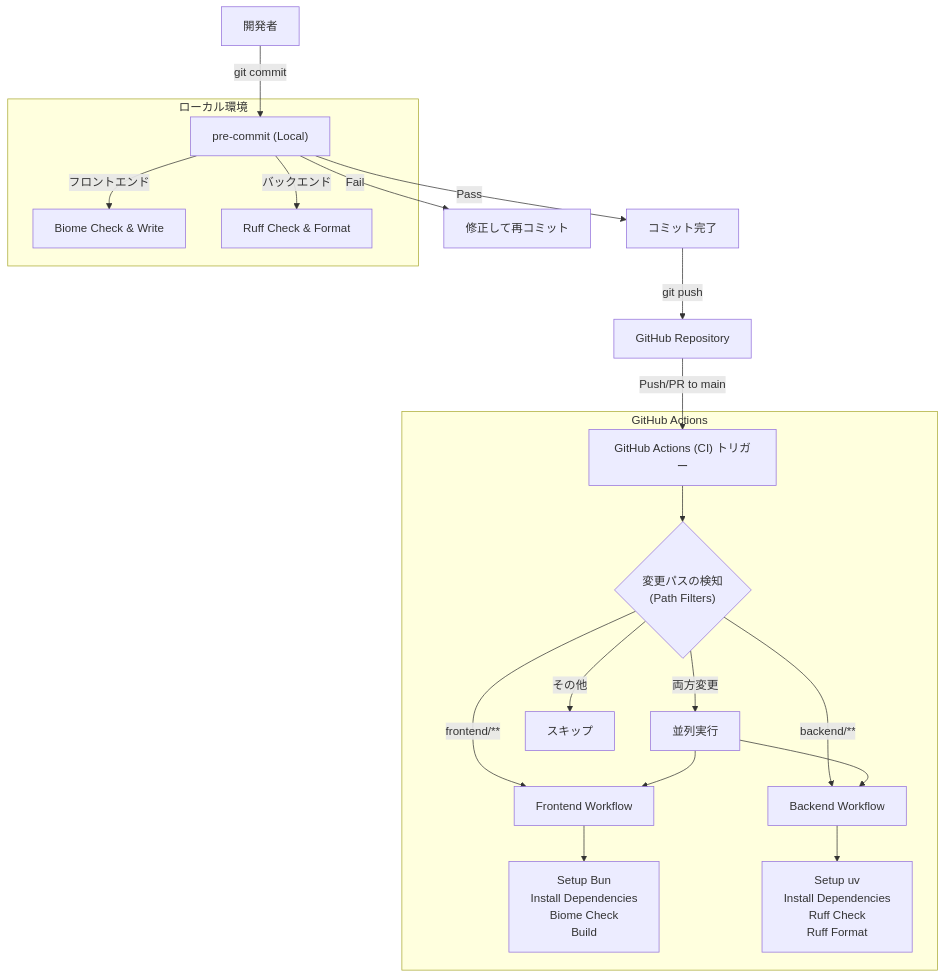
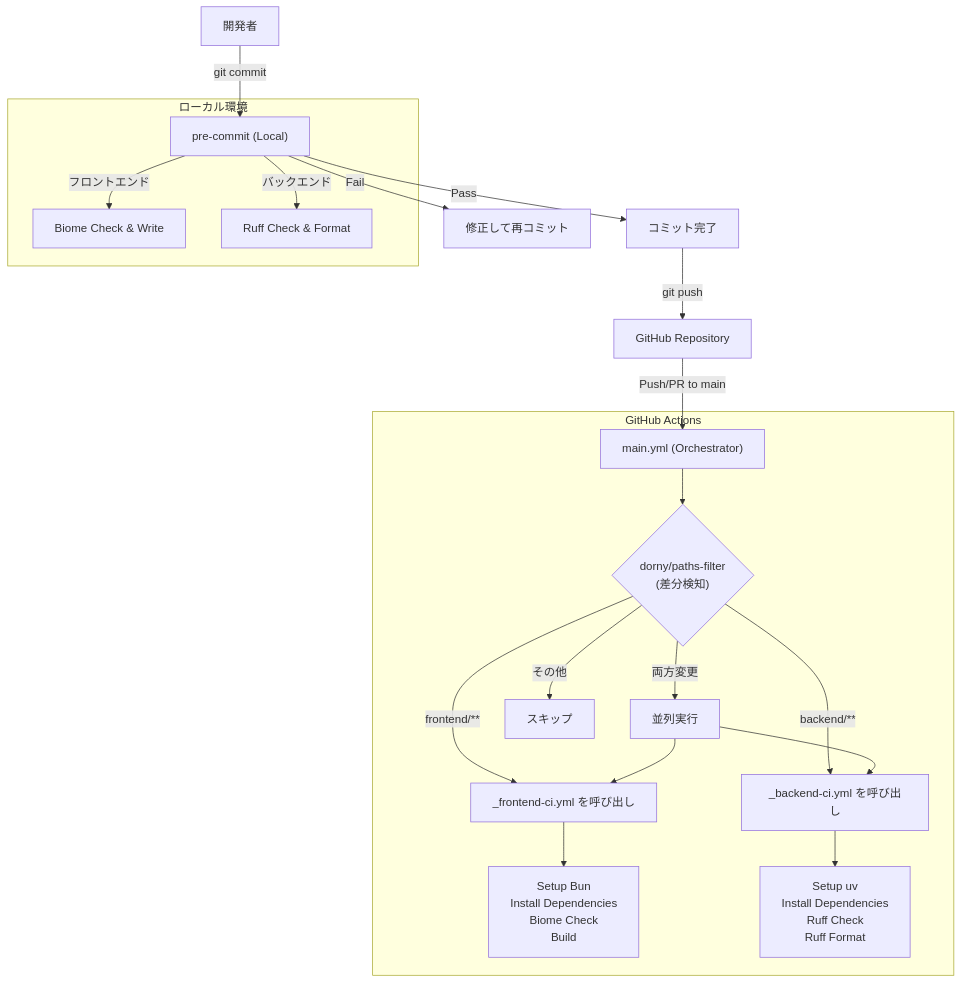
The diagram in docs/ci-cd-workflow.md (shinhasegawa1223/solo-saving), drawn with Mermaid before and after one commit. The commit also changed other lines of this file and 5 other files, not shown here.

````diff
--- a/docs/ci-cd-workflow.md
+++ b/docs/ci-cd-workflow.md
@@ -8,29 +24,29 @@
 ```mermaid
 graph TD
     User[開発者] -->|git commit| PreCommit["pre-commit (Local)"]
     PreCommit -->|Pass| Commit[コミット完了]
     PreCommit -->|Fail| Fix[修正して再コミット]
 
     Commit -->|git push| GitHub[GitHub Repository]
-    GitHub -->|Push/PR to main| Actions["GitHub Actions (CI) トリガー"]
+    GitHub -->|Push/PR to main| MainYml["main.yml (Orchestrator)"]
 
     subgraph Local [ローカル環境]
         PreCommit -- フロントエンド --> BiomeCheck["Biome Check & Write"]
         PreCommit -- バックエンド --> RuffCheck["Ruff Check & Format"]
     end
 
     subgraph CI [GitHub Actions]
-        Actions --> DiffCheck{"変更パスの検知<br>(Path Filters)"}
+        MainYml --> DiffCheck{"dorny/paths-filter<br>(差分検知)"}
 
-        DiffCheck -- "frontend/**" --> FE_Workflow["Frontend Workflow"]
-        DiffCheck -- "backend/**" --> BE_Workflow["Backend Workflow"]
+        DiffCheck -- "frontend/**" --> FE_Call["_frontend-ci.yml を呼び出し"]
+        DiffCheck -- "backend/**" --> BE_Call["_backend-ci.yml を呼び出し"]
         DiffCheck -- 両方変更 --> Both["並列実行"]
         DiffCheck -- その他 --> Skip[スキップ]
 
-        FE_Workflow --> FE_Steps["Setup Bun <br> Install Dependencies <br> Biome Check <br> Build"]
-        BE_Workflow --> BE_Steps["Setup uv <br> Install Dependencies <br> Ruff Check <br> Ruff Format"]
+        FE_Call --> FE_Steps["Setup Bun <br> Install Dependencies <br> Biome Check <br> Build"]
+        BE_Call --> BE_Steps["Setup uv <br> Install Dependencies <br> Ruff Check <br> Ruff Format"]
 
-        Both --> FE_Workflow
-        Both --> BE_Workflow
+        Both --> FE_Call
+        Both --> BE_Call
     end
 ```
````
